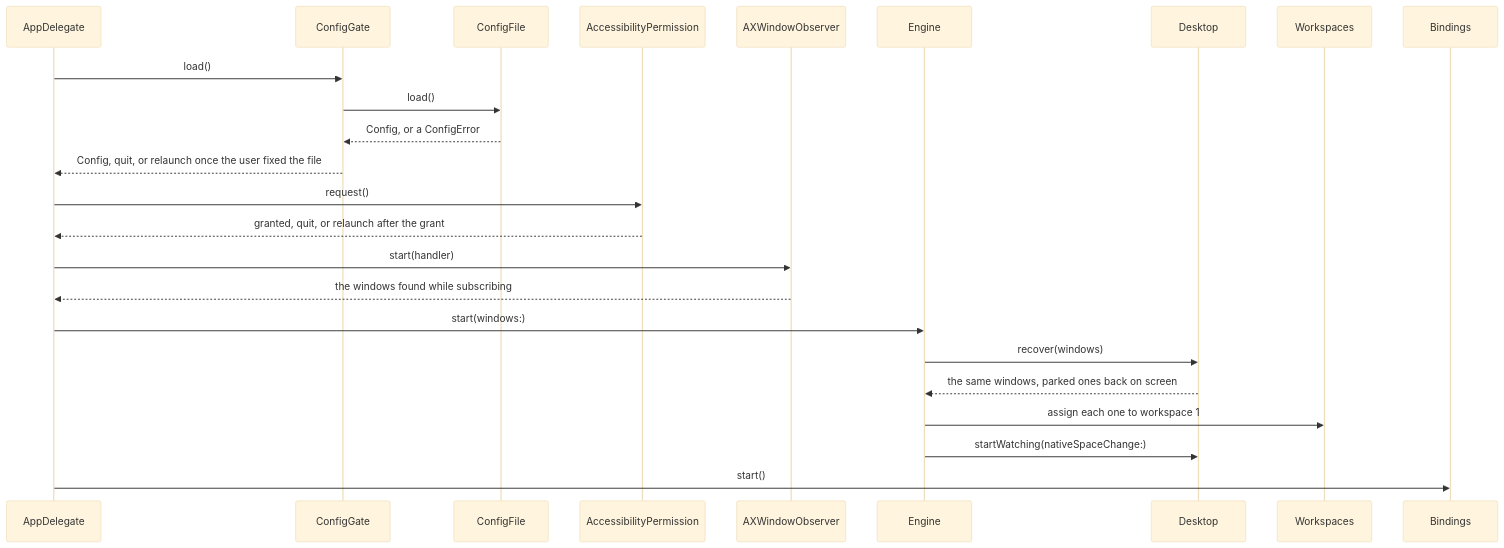
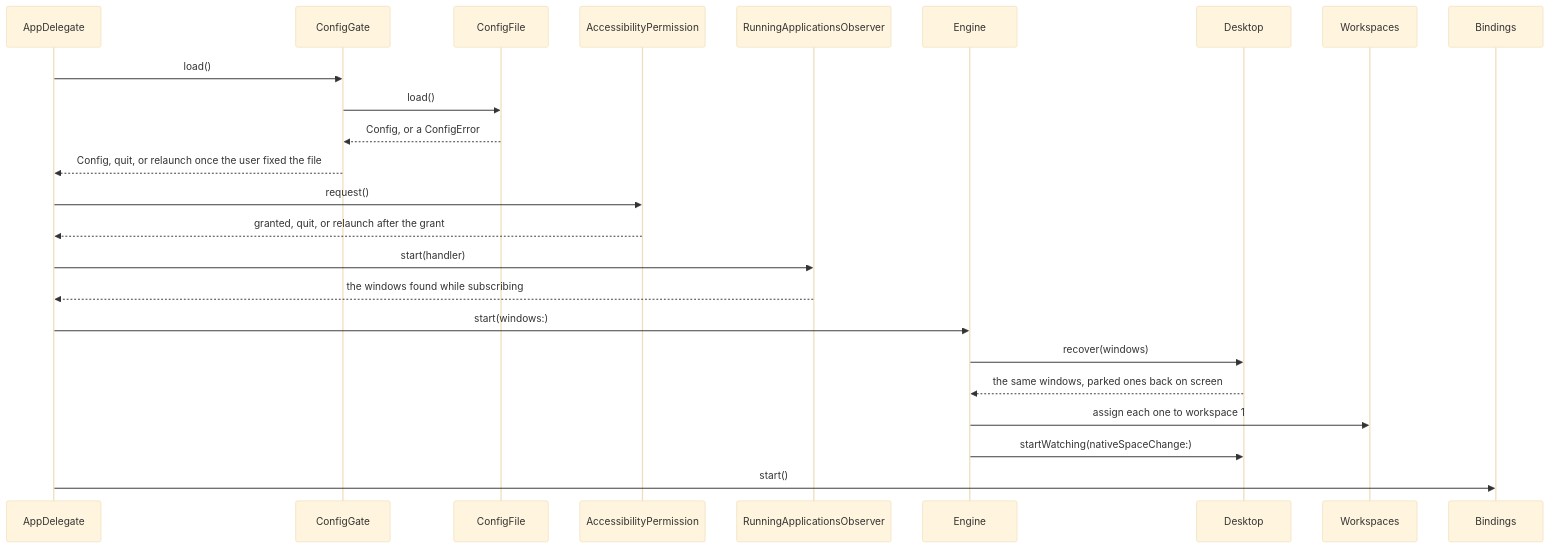
One commit to brennovich/ottowm changed the seventh of 18 diagrams in ARCHITECTURE.md. Above: the diagram before and after it, drawn with Mermaid (base theme). The commit also changed other lines of this file and 5 other files, not shown here.

First line of the commit message:
Rename AXWindowObserver to RunningApplicationsObserver

````diff
--- a/ARCHITECTURE.md
+++ b/ARCHITECTURE.md
@@ -180,17 +180,17 @@
 ```mermaid
 sequenceDiagram
     AppDelegate->>ConfigGate: load()
     ConfigGate->>ConfigFile: load()
     ConfigFile-->>ConfigGate: Config, or a ConfigError
     ConfigGate-->>AppDelegate: Config, quit, or relaunch once the user fixed the file
     AppDelegate->>AccessibilityPermission: request()
     AccessibilityPermission-->>AppDelegate: granted, quit, or relaunch after the grant
-    AppDelegate->>AXWindowObserver: start(handler)
-    AXWindowObserver-->>AppDelegate: the windows found while subscribing
+    AppDelegate->>RunningApplicationsObserver: start(handler)
+    RunningApplicationsObserver-->>AppDelegate: the windows found while subscribing
     AppDelegate->>Engine: start(windows:)
     Engine->>Desktop: recover(windows)
     Desktop-->>Engine: the same windows, parked ones back on screen
     Engine->>Workspaces: assign each one to workspace 1
     Engine->>Desktop: startWatching(nativeSpaceChange:)
     AppDelegate->>Bindings: start()
 ```
````
